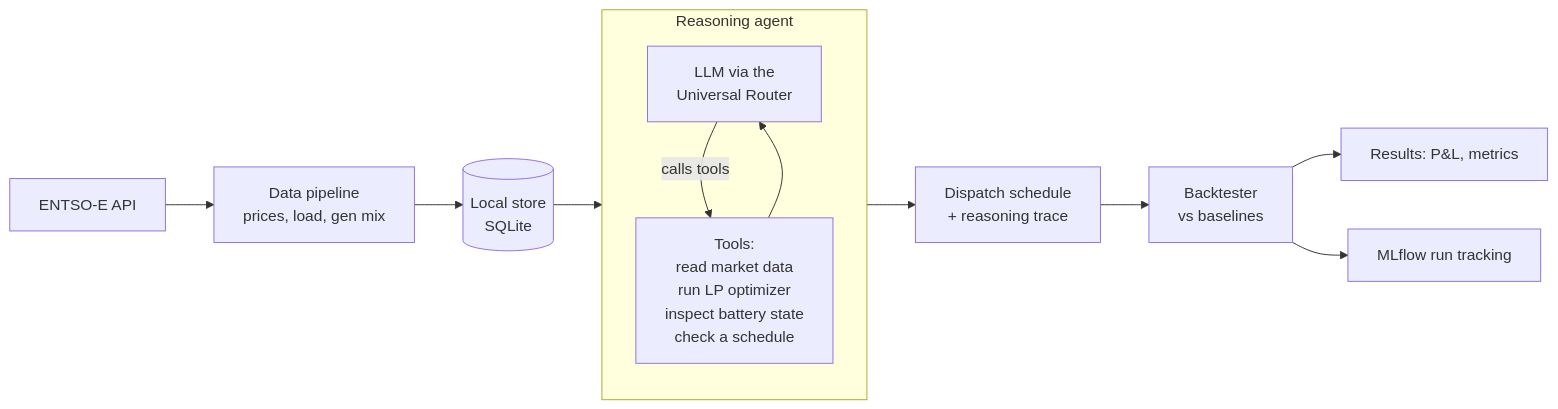
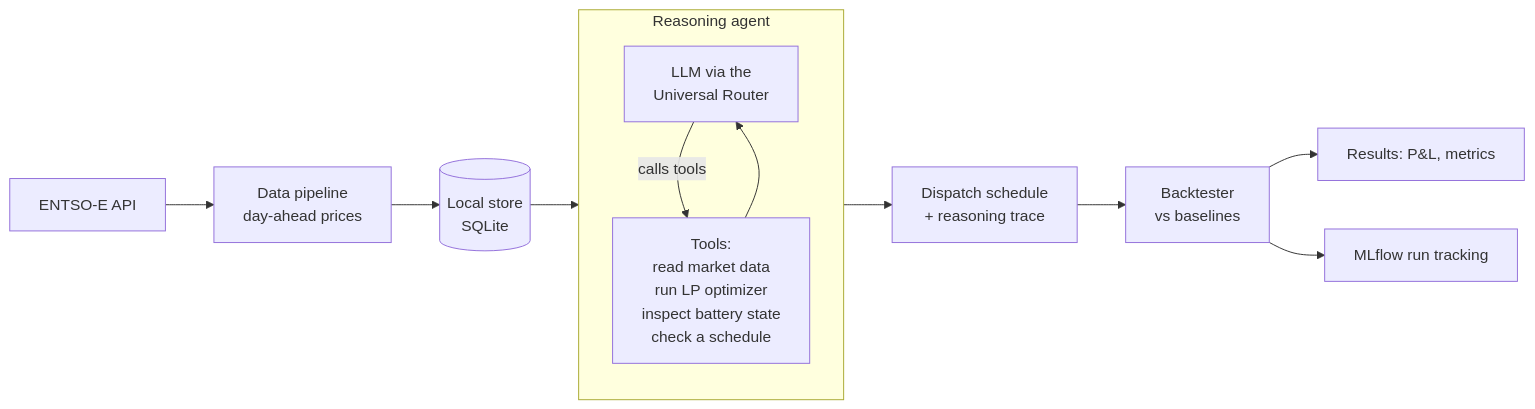
One commit to SureshKumar-Rahul/volta changed the diagram in README.md. Above: the diagram before and after it, drawn with Mermaid. The commit also changed 2 other files, not shown here.

Commit message:
polish: wire naive_forecast, fix diagram label, gitignore results.md

````diff
--- a/README.md
+++ b/README.md
@@ -9,14 +9,14 @@
 ```mermaid
 flowchart LR
-    E[ENTSO-E API] --> P[Data pipeline<br/>prices, load, gen mix]
+    E[ENTSO-E API] --> P[Data pipeline<br/>day-ahead prices]
     P --> S[(Local store<br/>SQLite)]
     S --> A
     subgraph A [Reasoning agent]
         L[LLM via the<br/>Universal Router] -->|calls tools| T[Tools:<br/>read market data<br/>run LP optimizer<br/>inspect battery state<br/>check a schedule]
         T --> L
     end
     A --> D[Dispatch schedule<br/>+ reasoning trace]
     D --> B[Backtester<br/>vs baselines]
     B --> R[Results: P&L, metrics]
     B --> M[MLflow run tracking]
 ```
````
